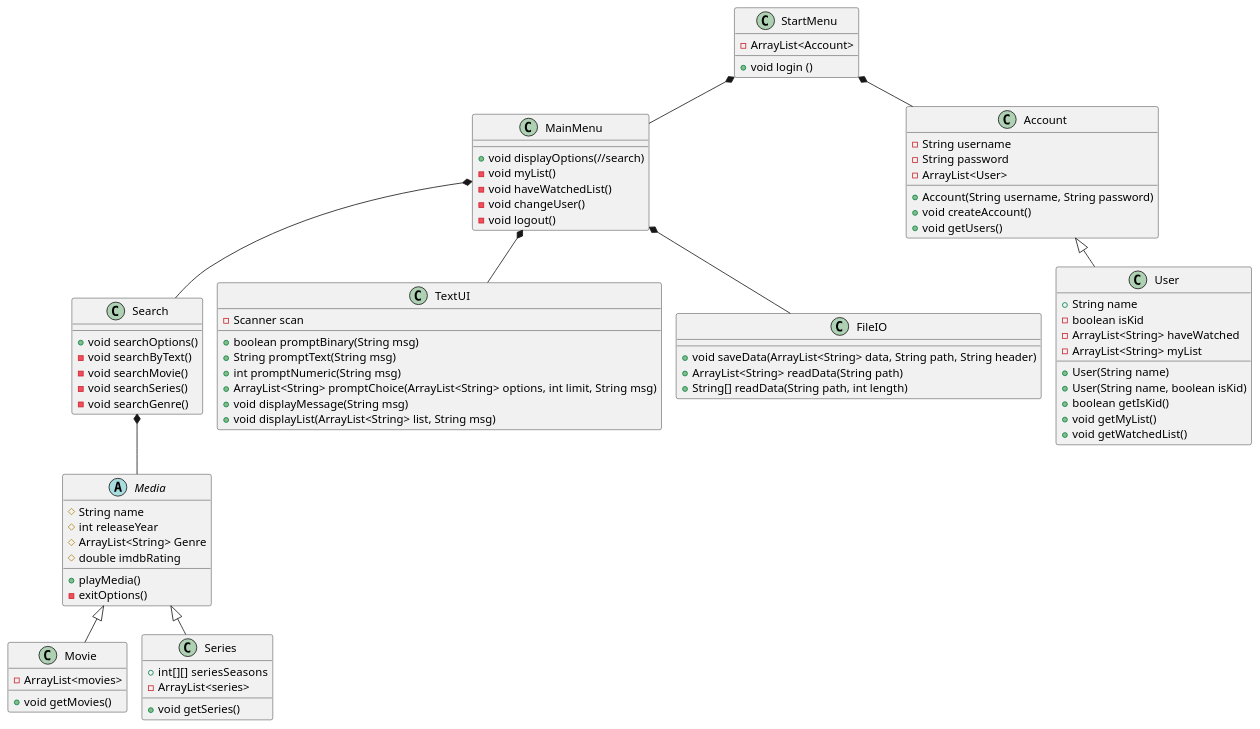
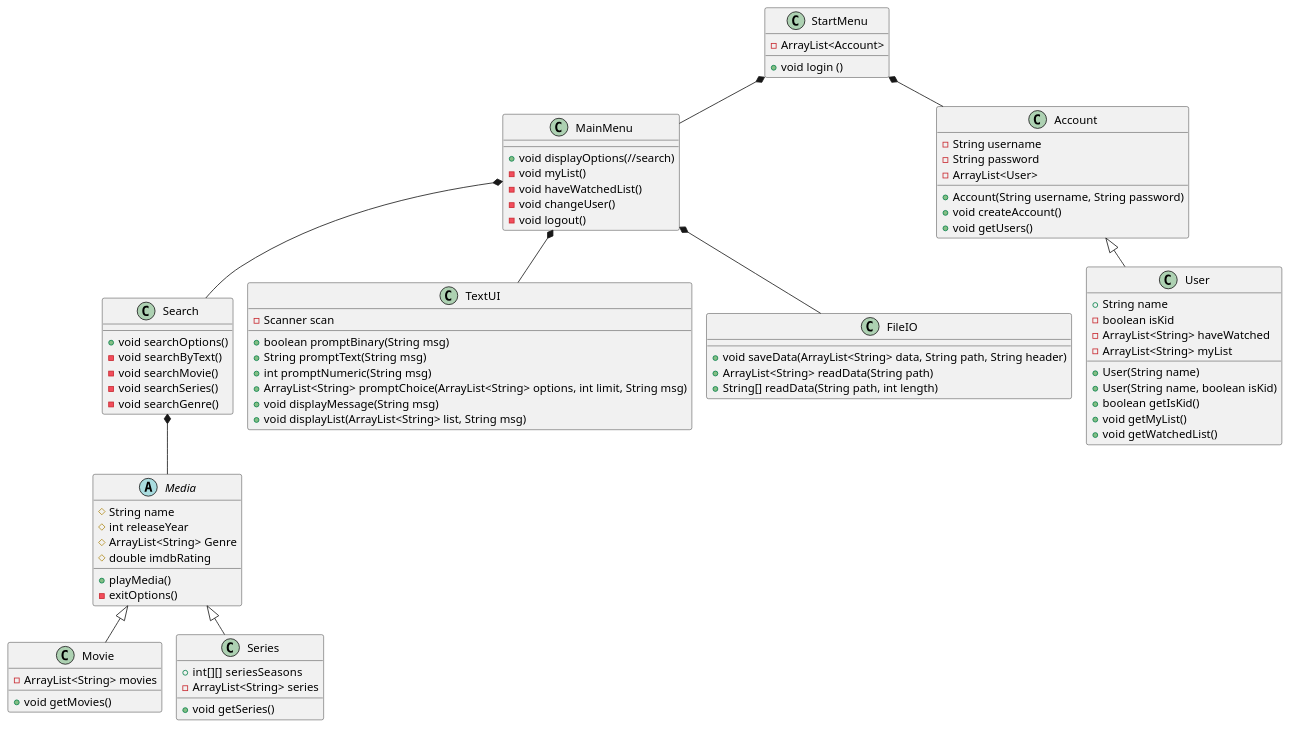
The diagram in doc/plan/klassediagram.puml (JesperTAndersen/SP3), drawn with PlantUML before and after one commit.

Commit message:
User class

```diff
--- a/doc/plan/klassediagram.puml
+++ b/doc/plan/klassediagram.puml
@@ -1,98 +1,98 @@
 @startuml
 !pragma layout smetana
 'https://plantuml.com/class-diagram
 
 class StartMenu {
 - ArrayList<Account>
 + void login ()
 
 }
 class MainMenu {
 + void displayOptions(//search)
 - void myList()
 - void haveWatchedList()
 - void changeUser()
 - void logout()
 }
 
 class Account {
 - String username
 - String password
 - ArrayList<User>
 
 + Account(String username, String password)
 + void createAccount()
 + void getUsers()
 }
 
 class User {
 + String name
 - boolean isKid
 - ArrayList<String> haveWatched
 - ArrayList<String> myList
 + User(String name)
 + User(String name, boolean isKid)
 + boolean getIsKid()
 + void getMyList()
 + void getWatchedList()
 }
 
 
 
 
 abstract class Media {
 # String name
 # int releaseYear
 # ArrayList<String> Genre
 # double imdbRating
 + playMedia()
 - exitOptions()
 
 }
 class Movie {
-- ArrayList<movies>
+- ArrayList<String> movies
 + void getMovies()
 }
 class Series{
 + int[][]  seriesSeasons
-- ArrayList<series>
+- ArrayList<String> series
 + void getSeries()
 }
 class Search{
 +void searchOptions()
 - void searchByText()
 - void searchMovie()
 - void searchSeries()
 - void searchGenre()
 }
 class TextUI {
 - Scanner scan
 + boolean promptBinary(String msg)
 + String promptText(String msg)
 + int promptNumeric(String msg)
 + ArrayList<String> promptChoice(ArrayList<String> options, int limit, String msg)
 + void displayMessage(String msg)
 + void displayList(ArrayList<String> list, String msg)
 }
 class FileIO{
 + void saveData(ArrayList<String> data, String path, String header)
 + ArrayList<String> readData(String path)
 + String[] readData(String path, int length)
 }
 
 
 StartMenu *-- Account
 Account <|-- User
 StartMenu *-- MainMenu
 MainMenu *-- Search
 Search *-- Media
 Media <|-- Movie
 Media <|-- Series
 
 MainMenu *-- FileIO
 MainMenu *-- TextUI
 
 
 }
 
 @enduml
```
